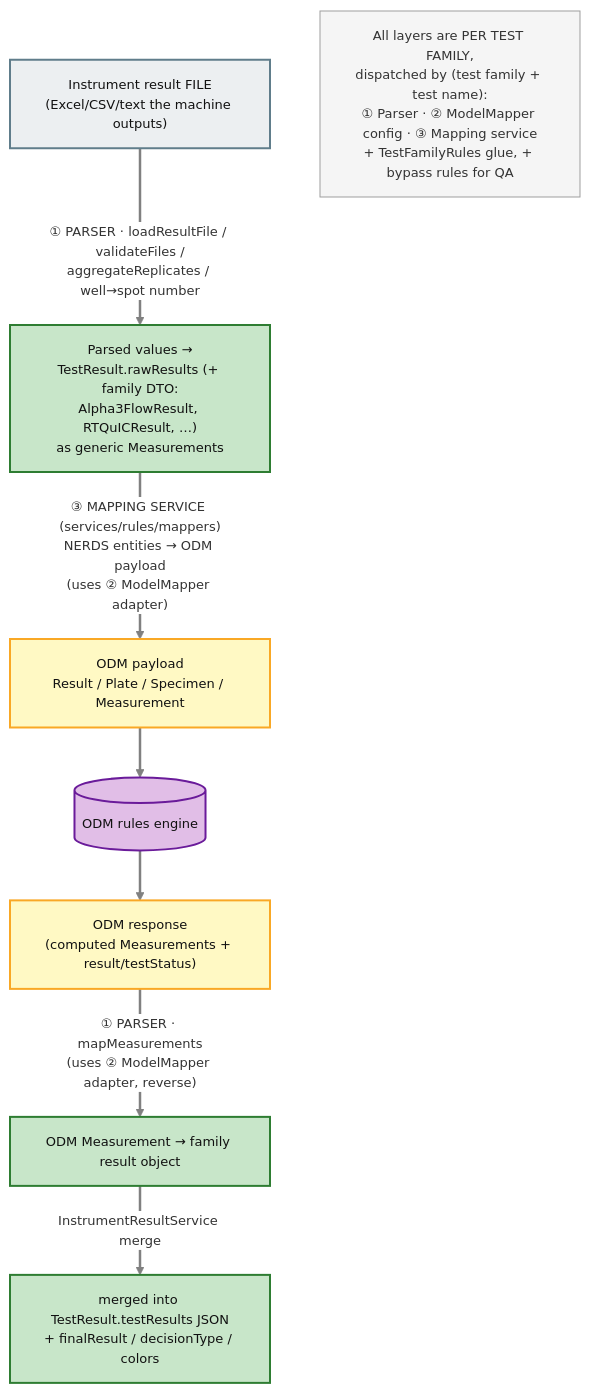
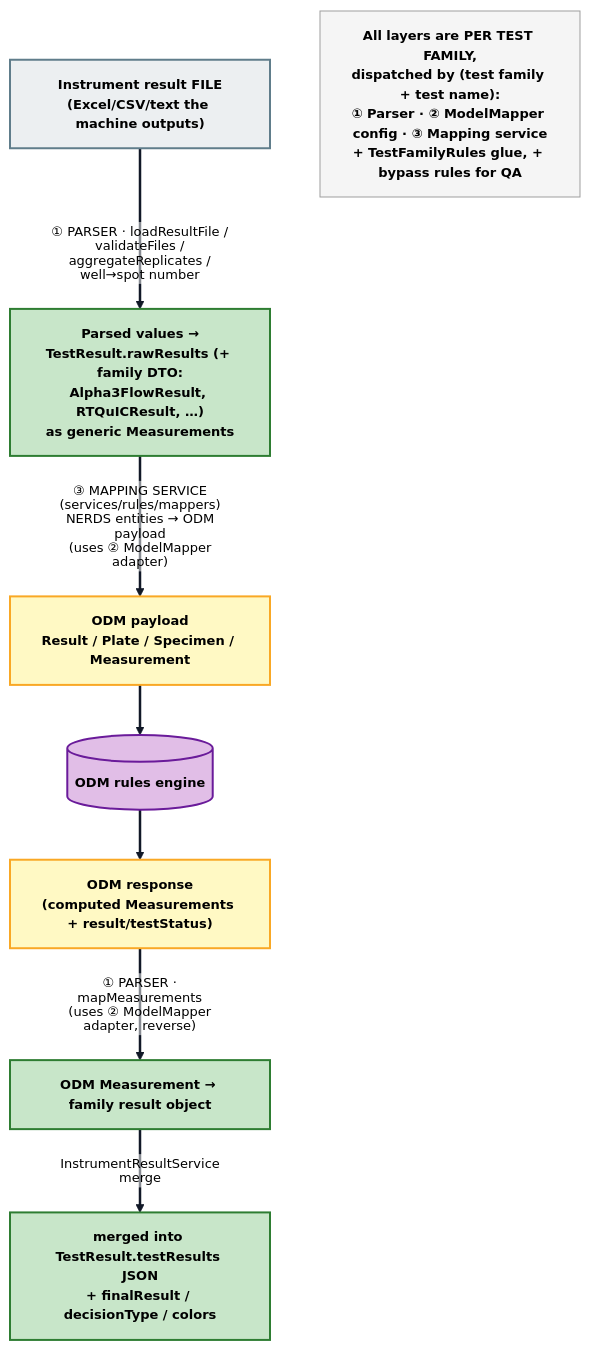
One commit to fengyanglin09/my-work-dashboard-app changed the fifth of 5 diagrams in src/assets/pages/app-resources/nerds/appDetails/00step/review-stage/odm-payload-mapping.md. Above: the diagram before and after it, drawn with Mermaid. The commit also changed other lines of this file and 35 other files, not shown here.

Commit message:
Add new mermaid diagrams for workflow and testing processes

````diff
--- a/src/assets/pages/app-resources/nerds/appDetails/00step/review-stage/odm-payload-mapping.md
+++ b/src/assets/pages/app-resources/nerds/appDetails/00step/review-stage/odm-payload-mapping.md
@@ -231,31 +231,31 @@
 ```mermaid
-%%{init: {"theme":"base", "themeVariables":{"background":"#ffffff","lineColor":"#808080","edgeLabelBackground":"#ffffff","fontSize":"13px"}, "flowchart":{"curve":"basis"}}}%%
+%%{init: {"theme":"base", "themeVariables":{"background":"#ffffff","mainBkg":"#ffffff","primaryColor":"#f8fafc","primaryTextColor":"#000000","primaryBorderColor":"#111827","secondaryColor":"#f8fafc","secondaryTextColor":"#000000","secondaryBorderColor":"#111827","tertiaryColor":"#f8fafc","tertiaryTextColor":"#000000","tertiaryBorderColor":"#111827","lineColor":"#111827","defaultLinkColor":"#111827","nodeTextColor":"#000000","textColor":"#000000","titleColor":"#000000","edgeLabelBackground":"#ffffff","clusterBkg":"#f8fafc","clusterBorder":"#111827","fontSize":"13px"}, "themeCSS":".nodeLabel,.nodeLabel *,.edgeLabel,.edgeLabel *,.cluster-label,.cluster-label *,.label,.label *,foreignObject,foreignObject *,text,tspan{color:#000000 !important;fill:#000000 !important;font-weight:700 !important;}.edgeLabel rect,.labelBkg{fill:#ffffff !important;opacity:0.96 !important;}", "flowchart":{"curve":"basis","htmlLabels":false}}}%%
 flowchart TD
     FILE["Instrument result FILE<br/>(Excel/CSV/text the machine outputs)"]
 
     FILE -->|"① PARSER · loadResultFile / validateFiles /<br/>aggregateReplicates / well→spot number"| RAW["Parsed values →<br/>TestResult.rawResults (+ family DTO:<br/>Alpha3FlowResult, RTQuICResult, …)<br/>as generic Measurements"]
 
     RAW -->|"③ MAPPING SERVICE (services/rules/mappers)<br/>NERDS entities → ODM payload<br/>(uses ② ModelMapper adapter)"| PAY["ODM payload<br/>Result / Plate / Specimen / Measurement"]
 
     PAY --> ODM[("ODM rules engine")]
     ODM --> RESP["ODM response<br/>(computed Measurements + result/testStatus)"]
 
     RESP -->|"① PARSER · mapMeasurements<br/>(uses ② ModelMapper adapter, reverse)"| FAM["ODM Measurement → family result object"]
     FAM -->|"InstrumentResultService merge"| MERGE["merged into TestResult.testResults JSON<br/>+ finalResult / decisionType / colors"]
 
     NOTE["All layers are PER TEST FAMILY,<br/>dispatched by (test family + test name):<br/>① Parser · ② ModelMapper config · ③ Mapping service<br/>+ TestFamilyRules glue, + bypass rules for QA"]
 
-    classDef file fill:#eceff1,stroke:#607d8b,stroke-width:2px,color:#111111;
-    classDef p1   fill:#c8e6c9,stroke:#2e7d32,stroke-width:2px,color:#111111;
-    classDef p3   fill:#fff9c4,stroke:#f9a825,stroke-width:2px,color:#111111;
-    classDef odm  fill:#e1bee7,stroke:#6a1b9a,stroke-width:2px,color:#111111;
-    classDef note fill:#f5f5f5,stroke:#9e9e9e,stroke-width:1px,color:#333333;
+    classDef file fill:#eceff1,stroke:#607d8b,stroke-width:2px,color:#000000,font-weight:700;
+    classDef p1   fill:#c8e6c9,stroke:#2e7d32,stroke-width:2px,color:#000000,font-weight:700;
+    classDef p3   fill:#fff9c4,stroke:#f9a825,stroke-width:2px,color:#000000,font-weight:700;
+    classDef odm  fill:#e1bee7,stroke:#6a1b9a,stroke-width:2px,color:#000000,font-weight:700;
+    classDef note fill:#f5f5f5,stroke:#9e9e9e,stroke-width:1px,color:#000000,font-weight:700;
 
     class FILE file;
     class RAW,FAM,MERGE p1;
     class PAY,RESP p3;
     class ODM odm;
     class NOTE note;
 
-    linkStyle default stroke:#808080,stroke-width:2.5px
+    linkStyle default stroke:#111827,stroke-width:2.5px
 ```
````
